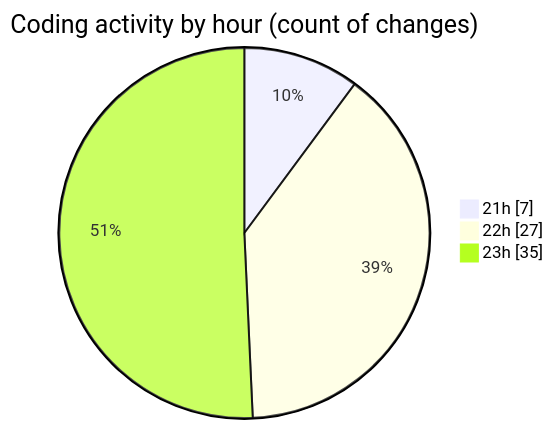
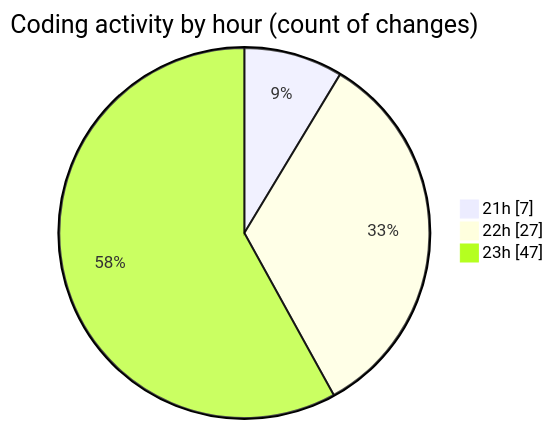
The second of 2 diagrams in 2025-08-16/studybuddy/README.md (lephambinh05/code-tracking), drawn with Mermaid before and after one commit. The commit also changed other lines of this file and 1 other file, not shown here.

````diff
--- a/2025-08-16/studybuddy/README.md
+++ b/2025-08-16/studybuddy/README.md
@@ -45,7 +50,7 @@
 ```mermaid
 pie showData
 title Coding activity by hour (count of changes)
 "21h" : 7
 "22h" : 27
-"23h" : 35
+"23h" : 47
 ```
````
